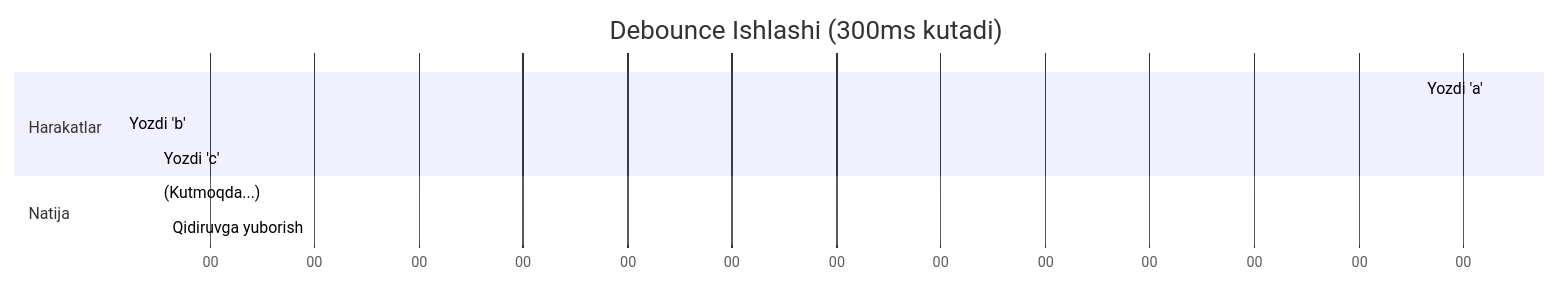
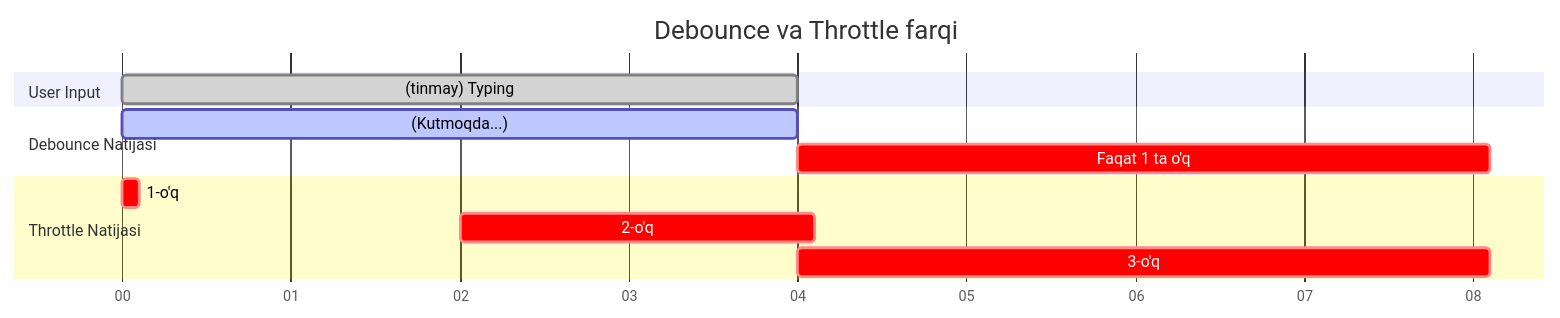
The diagram in docs/01-core-javascript/06-debounce-throttle.md (nusretoglu/senior-frontend-roadmap), drawn with Mermaid before and after one commit. The commit also changed other lines of this file and 143 other files, not shown here.

````diff
--- a/docs/01-core-javascript/06-debounce-throttle.md
+++ b/docs/01-core-javascript/06-debounce-throttle.md
@@ -34,15 +143,18 @@
 ```mermaid
 gantt
-    title Debounce Ishlashi (300ms kutadi)
+    title Debounce va Throttle farqi
     dateFormat  s
     axisFormat  %S
     
-    section Harakatlar
-    Yozdi 'a' :done, 0, 1s
-    Yozdi 'b' :done, 0.5, 1s
-    Yozdi 'c' :done, 1.2, 1s
+    section User Input
+    (tinmay) Typing   :done, 0, 4s
     
-    section Natija
-    (Kutmoqda...) :active, 1.2, 3.2s
-    Qidiruvga yuborish :crit, 3.2, 3.3s
+    section Debounce Natijasi
+    (Kutmoqda...) :active, 0, 4s
+    Faqat 1 ta o'q   :crit, 4, 4.1s
+    
+    section Throttle Natijasi
+    1-o'q :crit, 0, 0.1s
+    2-o'q :crit, 2, 2.1s
+    3-o'q :crit, 4, 4.1s
 ```
````
